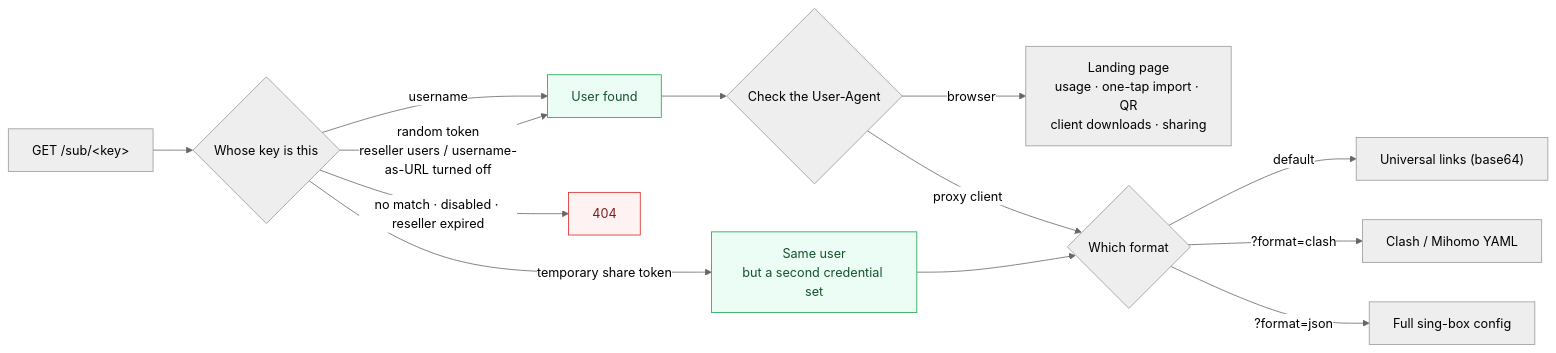
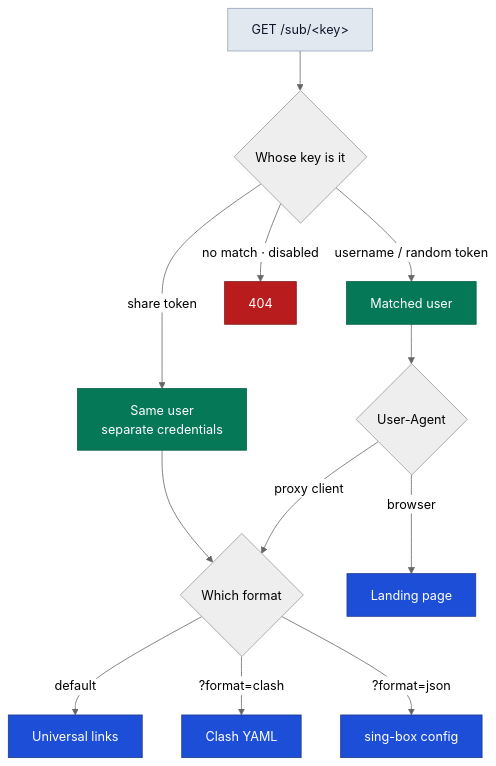
The third of 5 diagrams in README.en.md (Maoyangui/m-ui), drawn with Mermaid (neutral theme) before and after one commit. The commit also changed other lines of this file and 1 other file, not shown here.

Commit message:
README 架构图重画:五张图在 GitHub 上原来有两张会被压到 67% 和 82%,文字跟着缩小到看不清 —— 图一从三列横排改成分层,图二把干跑用的解析器和运行中的数据面合成一个 sing-box(本来就是同一个),现在五张全部在正文宽度内按原尺寸渲染。配色改成每个节点都显式给底色与字色(深底白字、浅底近黑字),不再依赖主题默认值,GitHub 明暗两种主题下都够对比;去掉顺序图里那块近白色的 rect,它在深色模式下就是白底白字。内容一并更新:副机报告里加上上游巡检结果,数据模型标出分配可细到某台服务器、代理有用户数上限,后台节奏补上每小时清理日志与按设置巡检上游

````diff
--- a/README.en.md
+++ b/README.en.md
@@ -147,20 +151,24 @@
 ```mermaid
-flowchart LR
-  Q["GET /sub/&lt;key&gt;"] --> WHO{"Whose key is this"}
-  WHO -->|"username"| U["User found"]
-  WHO -->|"random token<br/>reseller users / username-as-URL turned off"| U
-  WHO -->|"temporary share token"| S["Same user<br/>but a second credential set"]
-  WHO -->|"no match · disabled · reseller expired"| E["404"]
-  U --> UA{"Check the User-Agent"}
-  UA -->|"browser"| P["Landing page<br/>usage · one-tap import · QR<br/>client downloads · sharing"]
+flowchart TD
+  Q["GET /sub/&lt;key&gt;"] --> WHO{"Whose key is it"}
+  WHO -->|"username / random token"| U["Matched user"]
+  WHO -->|"share token"| S["Same user<br/>separate credentials"]
+  WHO -->|"no match · disabled"| E["404"]
+  U --> UA{"User-Agent"}
+  S --> F
+  UA -->|"browser"| P["Landing page"]
   UA -->|"proxy client"| F{"Which format"}
-  S --> F
-  F -->|"default"| F1["Universal links (base64)"]
-  F -->|"?format=clash"| F2["Clash / Mihomo YAML"]
-  F -->|"?format=json"| F3["Full sing-box config"]
+  F -->|"default"| F1["Universal links"]
+  F -->|"?format=clash"| F2["Clash YAML"]
+  F -->|"?format=json"| F3["sing-box config"]
 
-  classDef hit fill:#ecfdf5,stroke:#16a34a,color:#14532d
-  classDef bad fill:#fef2f2,stroke:#dc2626,color:#7f1d1d
-  class U,S hit
-  class E bad
+  classDef svc fill:#1d4ed8,stroke:#1e3a8a,color:#ffffff,stroke-width:1px
+  classDef who fill:#e2e8f0,stroke:#94a3b8,color:#0f172a,stroke-width:1px
+  classDef data fill:#334155,stroke:#0f172a,color:#ffffff,stroke-width:1px
+  classDef exit fill:#047857,stroke:#065f46,color:#ffffff,stroke-width:1px
+  classDef warn fill:#b91c1c,stroke:#7f1d1d,color:#ffffff,stroke-width:1px
+  class U,S exit
+  class E warn
+  class P,F1,F2,F3 svc
+  class Q who
 ```
````
